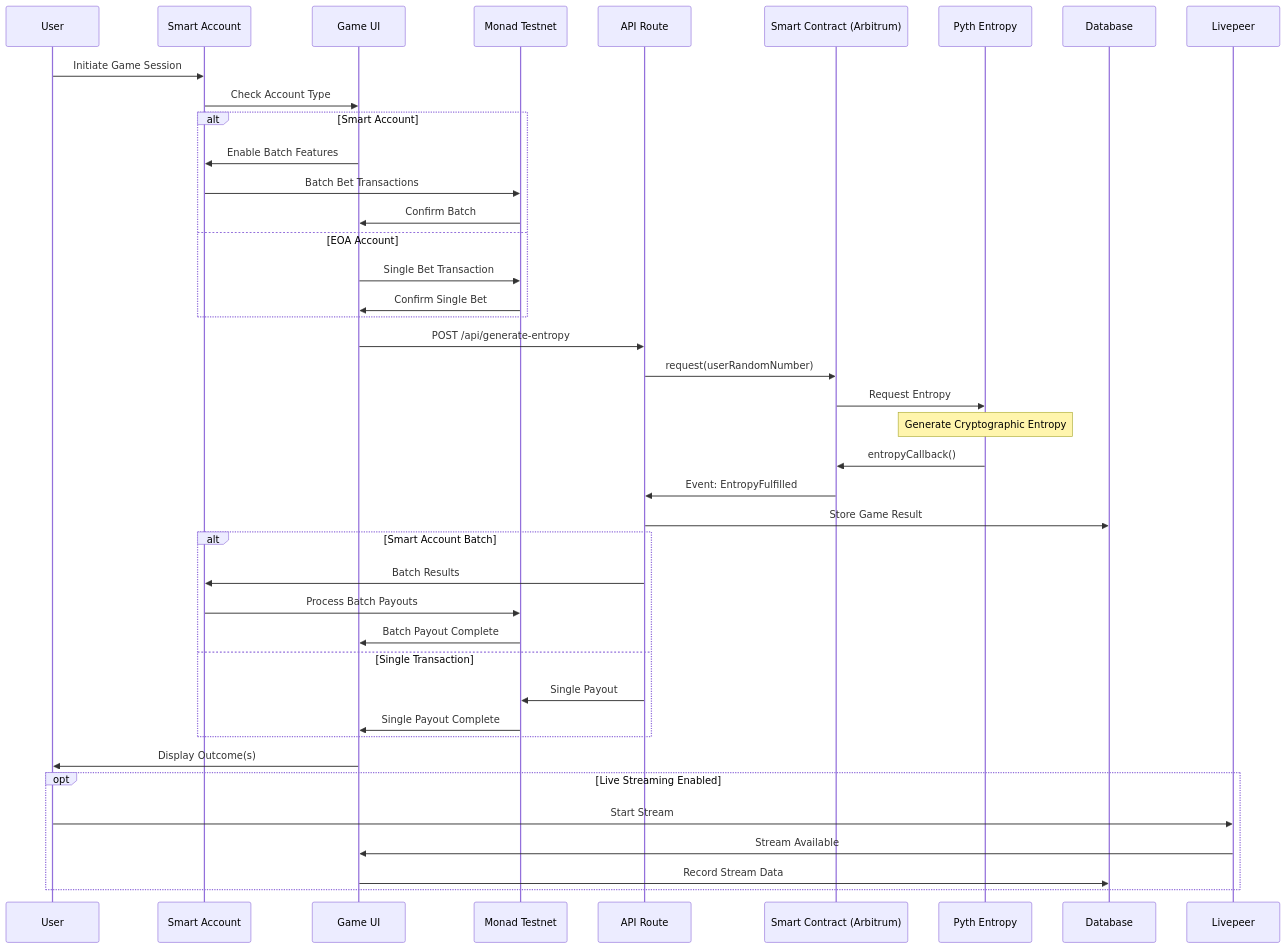
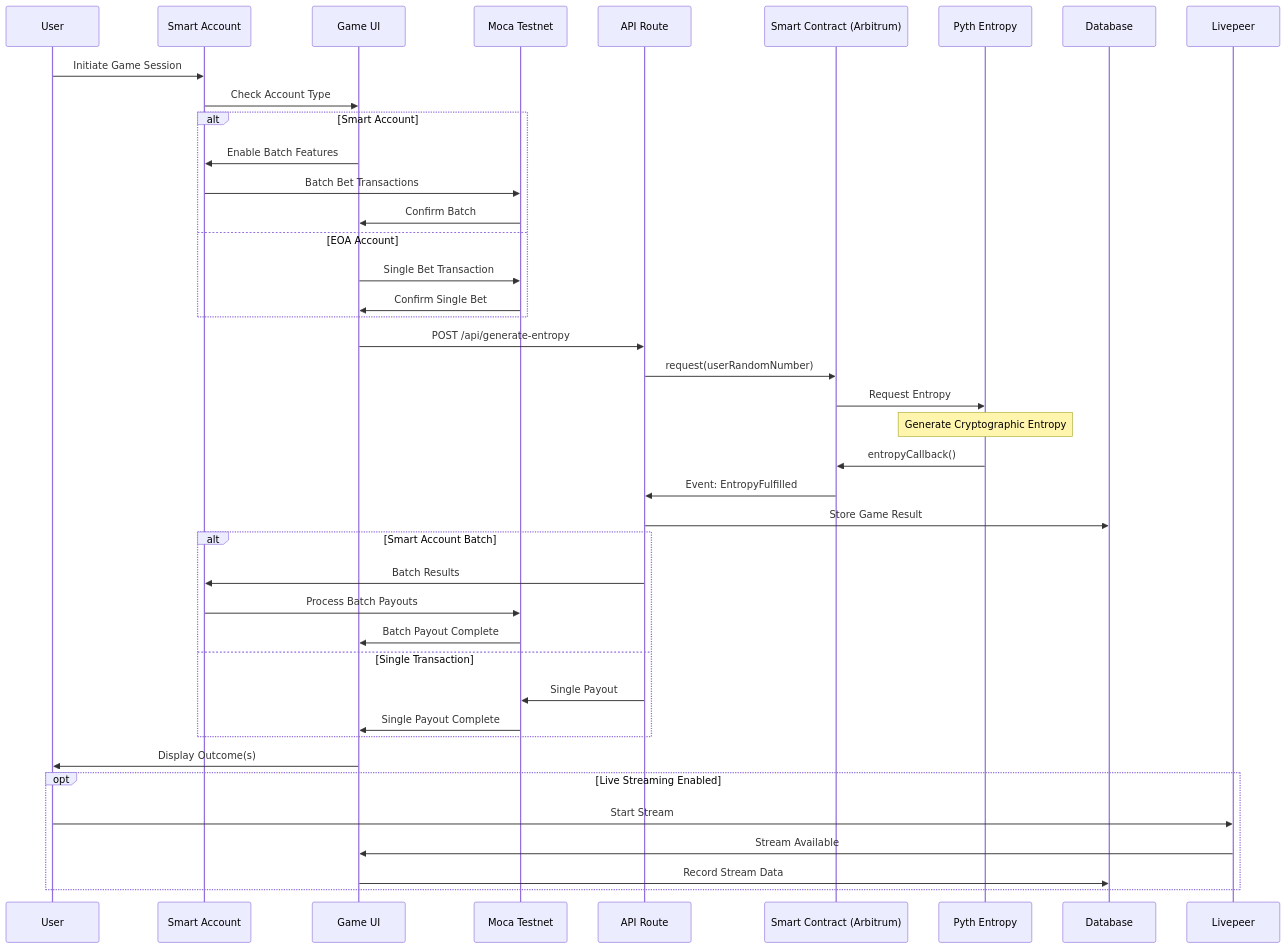
The sixth of 9 diagrams in README.md (AmaanSayyad/APT-Casino-Moca), drawn with Mermaid before and after one commit. The commit also changed other lines of this file and 16 other files, not shown here.

````diff
--- a/README.md
+++ b/README.md
@@ -380,51 +380,51 @@
 ```mermaid
 sequenceDiagram
     participant U as User
     participant SA as Smart Account
     participant UI as Game UI
-    participant MT as Monad Testnet
+    participant MT as Moca Testnet
     participant API as API Route
     participant SC as Smart Contract (Arbitrum)
     participant PE as Pyth Entropy
     participant DB as Database
     participant LP as Livepeer
     
     U->>SA: Initiate Game Session
     SA->>UI: Check Account Type
     
     alt Smart Account
         UI->>SA: Enable Batch Features
         SA->>MT: Batch Bet Transactions
         MT->>UI: Confirm Batch
     else EOA Account
         UI->>MT: Single Bet Transaction
         MT->>UI: Confirm Single Bet
     end
     
     UI->>API: POST /api/generate-entropy
     API->>SC: request(userRandomNumber)
     SC->>PE: Request Entropy
     
     Note over PE: Generate Cryptographic Entropy
     
     PE->>SC: entropyCallback()
     SC->>API: Event: EntropyFulfilled
     API->>DB: Store Game Result
     
     alt Smart Account Batch
         API->>SA: Batch Results
         SA->>MT: Process Batch Payouts
         MT->>UI: Batch Payout Complete
     else Single Transaction
         API->>MT: Single Payout
         MT->>UI: Single Payout Complete
     end
     
     UI->>U: Display Outcome(s)
     
     opt Live Streaming Enabled
         U->>LP: Start Stream
         LP->>UI: Stream Available
         UI->>DB: Record Stream Data
     end
 ```
````
